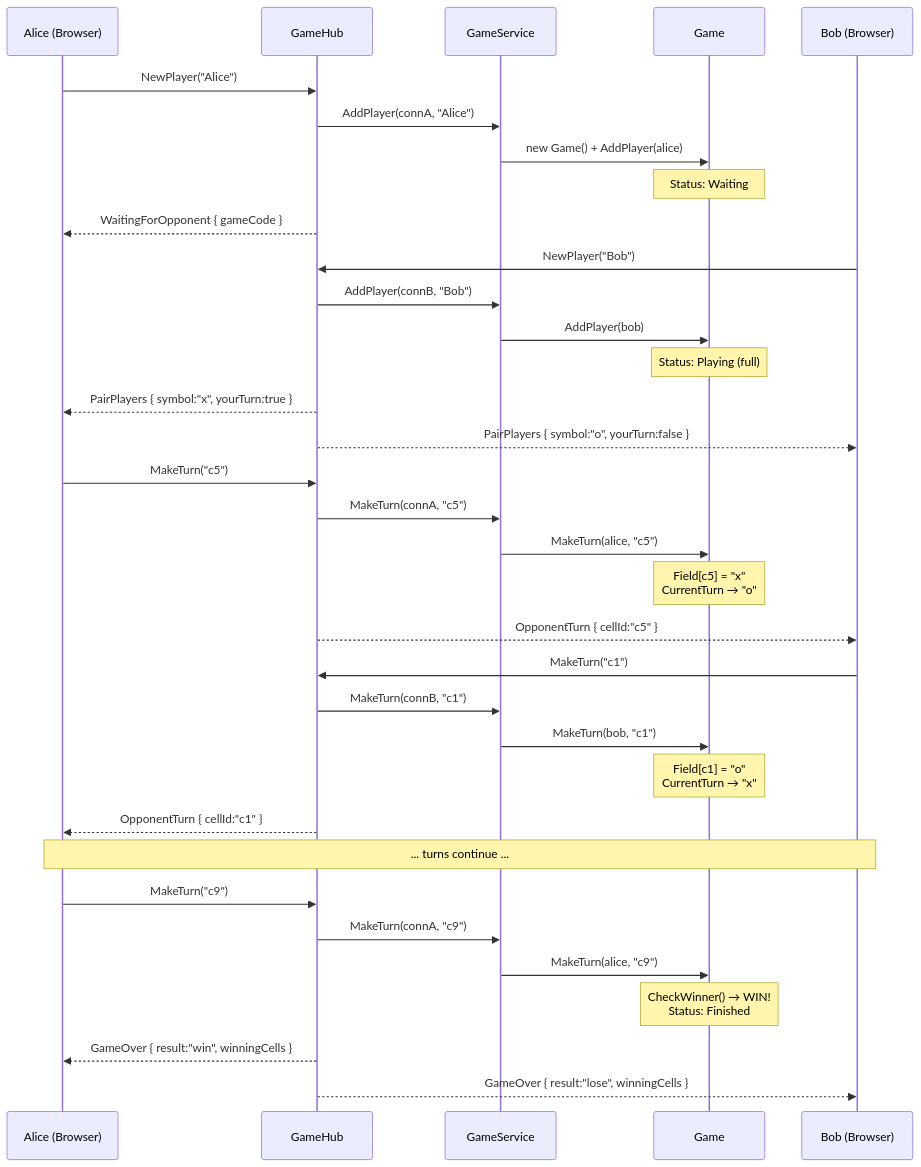
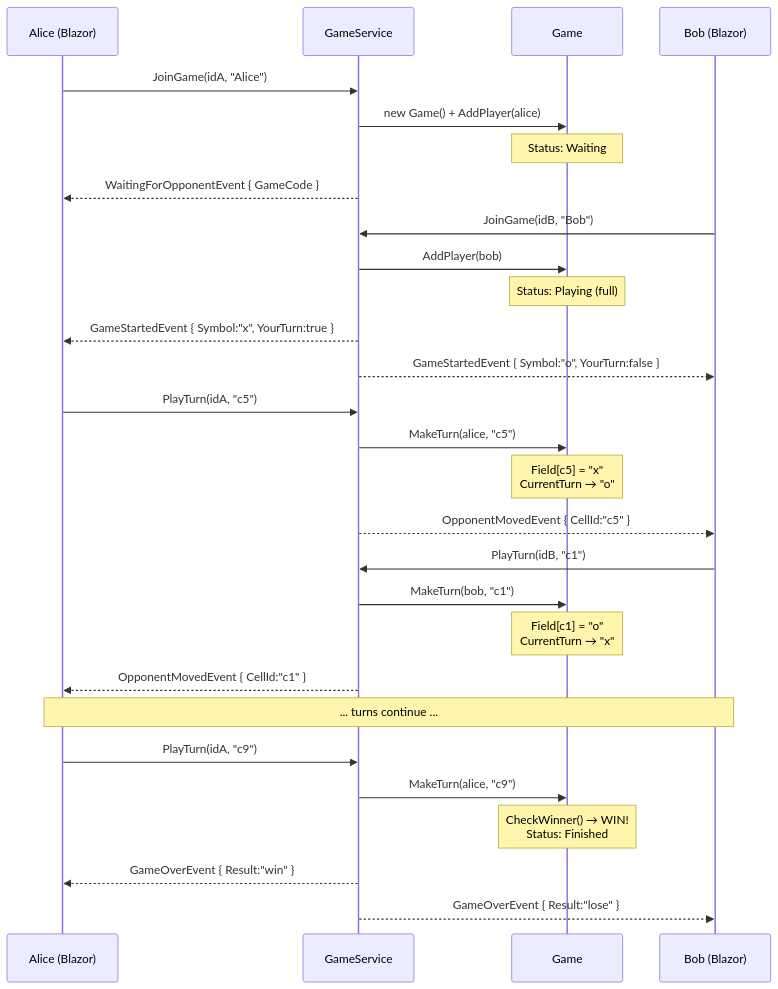
Before and after one commit to dmitriylogunov/dotnet-ttt: the first of 3 diagrams in architecture.md, drawn with Mermaid. The commit also changed other lines of this file and 12 other files, not shown here.

Commit message:
Refactor plain html page and SignalR hub into a Blazor Server

````diff
--- a/architecture.md
+++ b/architecture.md
@@ -118,42 +150,36 @@
 ```mermaid
 sequenceDiagram
-    participant A as Alice (Browser)
-    participant H as GameHub
+    participant A as Alice (Blazor)
     participant S as GameService
     participant G as Game
-    participant B as Bob (Browser)
+    participant B as Bob (Blazor)
 
-    A->>H: NewPlayer("Alice")
-    H->>S: AddPlayer(connA, "Alice")
+    A->>S: JoinGame(idA, "Alice")
     S->>G: new Game() + AddPlayer(alice)
     Note over G: Status: Waiting
-    H-->>A: WaitingForOpponent { gameCode }
+    S-->>A: WaitingForOpponentEvent { GameCode }
 
-    B->>H: NewPlayer("Bob")
-    H->>S: AddPlayer(connB, "Bob")
+    B->>S: JoinGame(idB, "Bob")
     S->>G: AddPlayer(bob)
     Note over G: Status: Playing (full)
-    H-->>A: PairPlayers { symbol:"x", yourTurn:true }
-    H-->>B: PairPlayers { symbol:"o", yourTurn:false }
+    S-->>A: GameStartedEvent { Symbol:"x", YourTurn:true }
+    S-->>B: GameStartedEvent { Symbol:"o", YourTurn:false }
 
-    A->>H: MakeTurn("c5")
-    H->>S: MakeTurn(connA, "c5")
+    A->>S: PlayTurn(idA, "c5")
     S->>G: MakeTurn(alice, "c5")
     Note over G: Field[c5] = "x"<br/>CurrentTurn → "o"
-    H-->>B: OpponentTurn { cellId:"c5" }
+    S-->>B: OpponentMovedEvent { CellId:"c5" }
 
-    B->>H: MakeTurn("c1")
-    H->>S: MakeTurn(connB, "c1")
+    B->>S: PlayTurn(idB, "c1")
     S->>G: MakeTurn(bob, "c1")
     Note over G: Field[c1] = "o"<br/>CurrentTurn → "x"
-    H-->>A: OpponentTurn { cellId:"c1" }
+    S-->>A: OpponentMovedEvent { CellId:"c1" }
 
     Note over A,B: ... turns continue ...
 
-    A->>H: MakeTurn("c9")
-    H->>S: MakeTurn(connA, "c9")
+    A->>S: PlayTurn(idA, "c9")
     S->>G: MakeTurn(alice, "c9")
     Note over G: CheckWinner() → WIN!<br/>Status: Finished
-    H-->>A: GameOver { result:"win", winningCells }
-    H-->>B: GameOver { result:"lose", winningCells }
+    S-->>A: GameOverEvent { Result:"win" }
+    S-->>B: GameOverEvent { Result:"lose" }
 ```
````
